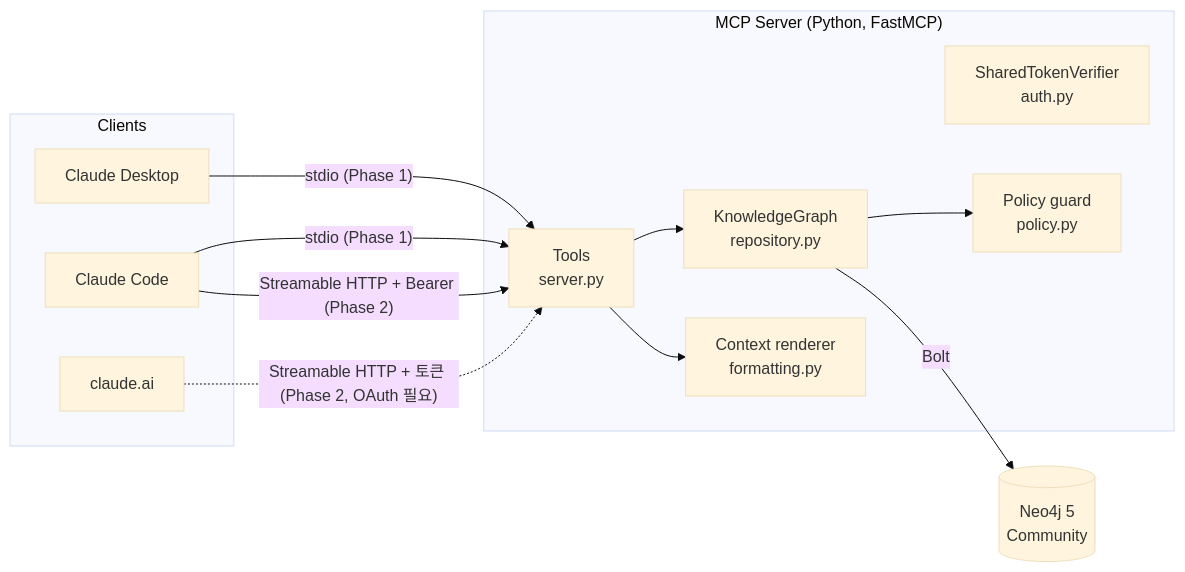
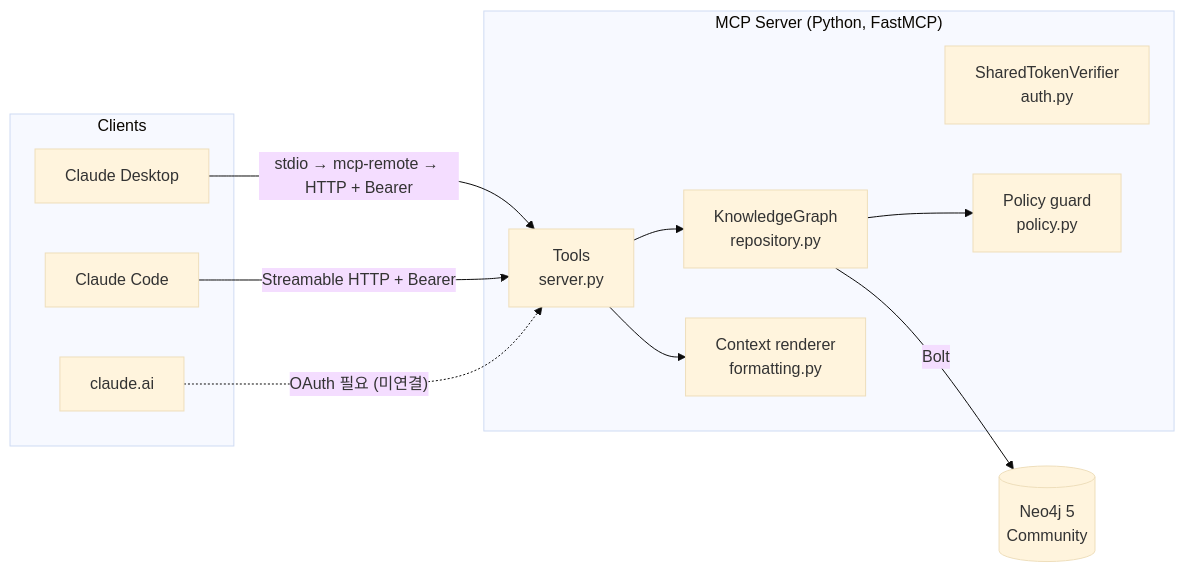
Before and after one commit to sm010422/personal-knowledge-graph-mcp: the diagram in docs/architecture.md, drawn with Mermaid (base theme). The commit also changed other lines of this file and 5 other files, not shown here.

Commit message:
docs: devlog for backup and first use, request-flow diagrams, sentry/istio plans

````diff
--- a/docs/architecture.md
+++ b/docs/architecture.md
@@ -5,25 +5,24 @@
 ```mermaid
 flowchart LR
     subgraph Clients
         CD[Claude Desktop]
         CC[Claude Code]
         CA[claude.ai]
     end
     subgraph Server["MCP Server (Python, FastMCP)"]
         T[Tools<br/>server.py]
         A[SharedTokenVerifier<br/>auth.py]
         R[KnowledgeGraph<br/>repository.py]
         P[Policy guard<br/>policy.py]
         F[Context renderer<br/>formatting.py]
     end
     DB[(Neo4j 5<br/>Community)]
 
-    CD -- "stdio (Phase 1)" --> T
-    CC -- "stdio (Phase 1)" --> T
-    CA -. "Streamable HTTP + 토큰 (Phase 2, OAuth 필요)" .-> T
-    CC -- "Streamable HTTP + Bearer (Phase 2)" --> T
+    CD -- "stdio → mcp-remote → HTTP + Bearer" --> T
+    CC -- "Streamable HTTP + Bearer" --> T
+    CA -. "OAuth 필요 (미연결)" .-> T
     T --> R
     R --> P
     T --> F
     R -- Bolt --> DB
 ```
````
